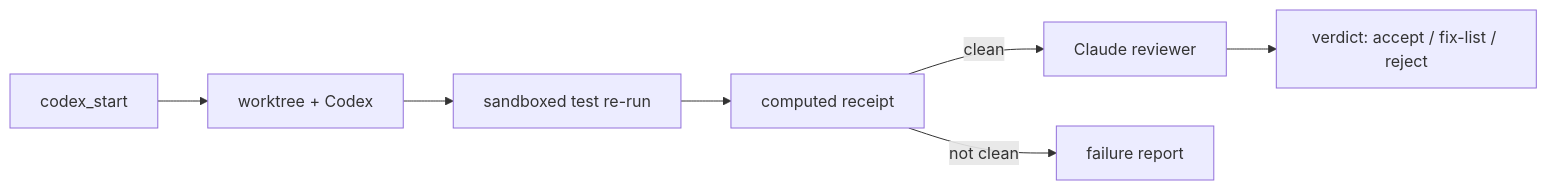
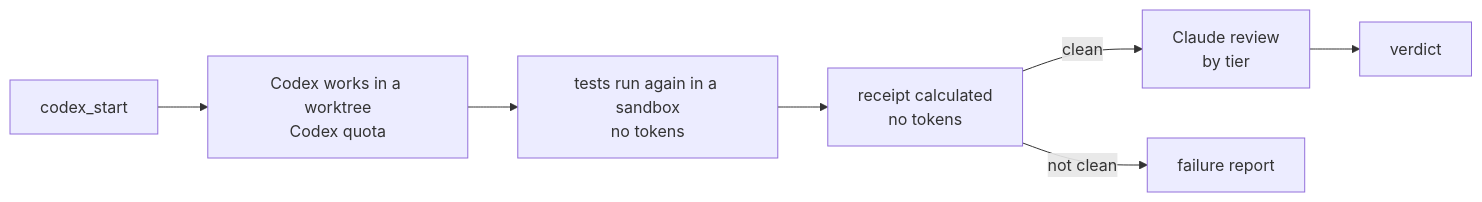
One commit to projectsofwill/codex-bridge changed the diagram in README.md. Above: the diagram before and after it, drawn with Mermaid. The commit also changed other lines of this file and 10 other files, not shown here.

First line of the commit message:
codex-bridge 0.3.0: parallel Codex runs, reviewer model logging, STE docs

````diff
--- a/README.md
+++ b/README.md
@@ -15,9 +44,9 @@
 ```mermaid
 flowchart LR
-  A[codex_start] --> B[worktree + Codex]
-  B --> C[sandboxed test re-run]
-  C --> D[computed receipt]
-  D -->|clean| E[Claude reviewer]
+  A[codex_start] --> B[Codex works in a worktree<br/>Codex quota]
+  B --> C[tests run again in a sandbox<br/>no tokens]
+  C --> D[receipt calculated<br/>no tokens]
+  D -->|clean| E[Claude review<br/>by tier]
   D -->|not clean| F[failure report]
-  E --> G[verdict: accept / fix-list / reject]
+  E --> G[verdict]
 ```
````
